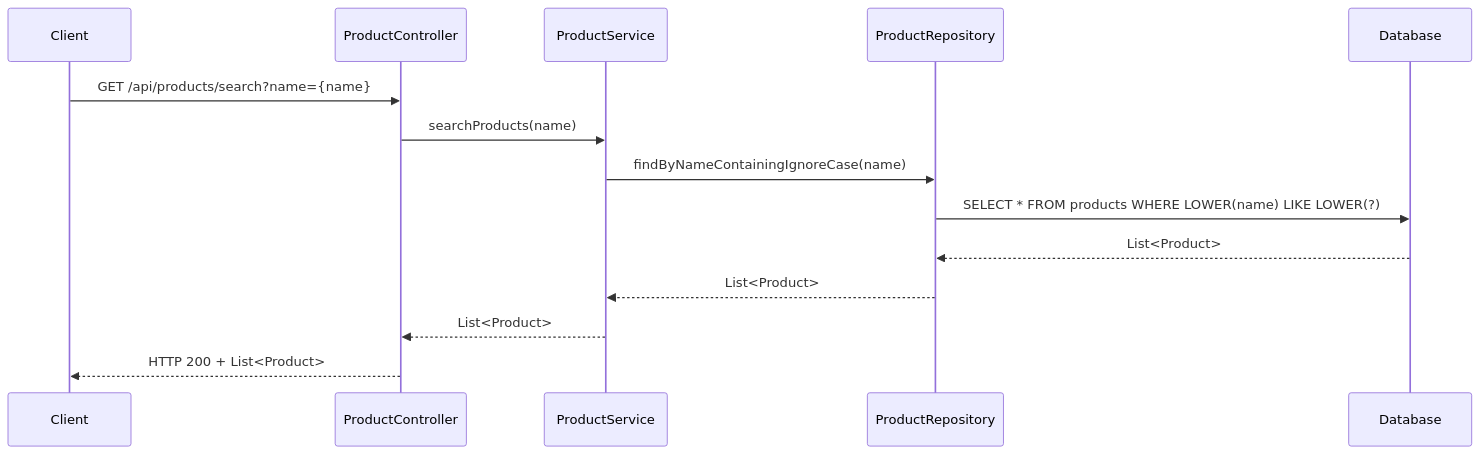
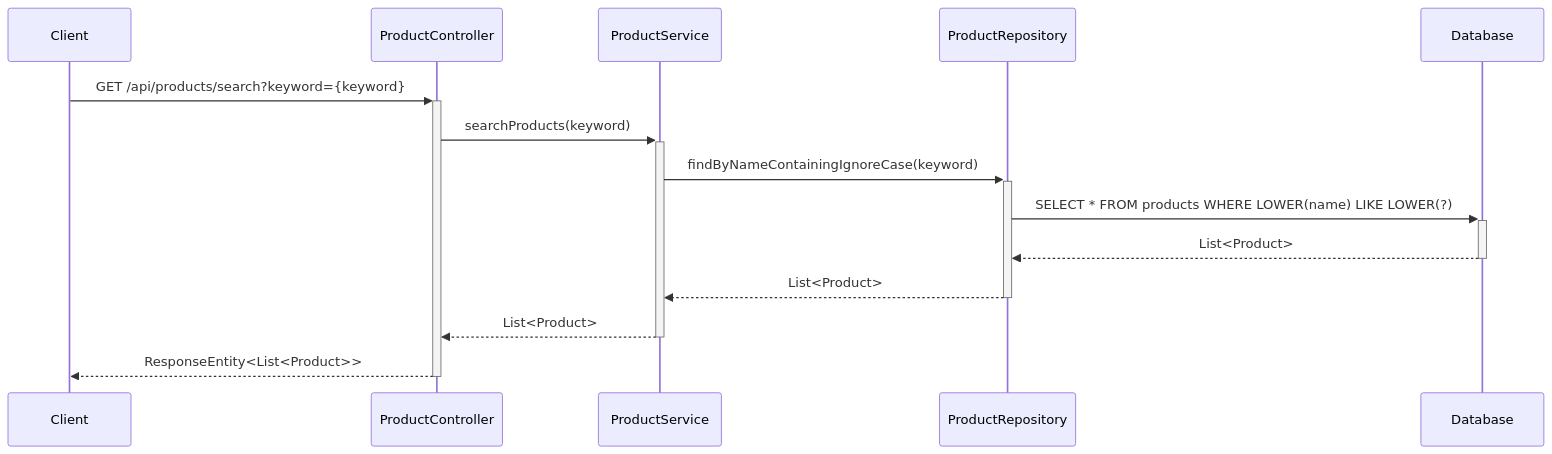
Before and after one commit to NavneetBN47/aava-ecom-demo: the ninth of 9 diagrams in docs/LLD/lld.md, drawn with Mermaid. The commit also changed other lines of this file, not shown here.

````diff
--- a/docs/LLD/lld.md
+++ b/docs/LLD/lld.md
@@ -283,17 +254,17 @@
 ```mermaid
 sequenceDiagram
     participant Client
     participant ProductController
     participant ProductService
     participant ProductRepository
     participant Database
     
-    Client->>ProductController: GET /api/products/search?name={name}
-    ProductController->>ProductService: searchProducts(name)
-    ProductService->>ProductRepository: findByNameContainingIgnoreCase(name)
-    ProductRepository->>Database: SELECT * FROM products WHERE LOWER(name) LIKE LOWER(?)
-    Database-->>ProductRepository: List<Product>
-    ProductRepository-->>ProductService: List<Product>
-    ProductService-->>ProductController: List<Product>
-    ProductController-->>Client: HTTP 200 + List<Product>
+    Client->>+ProductController: GET /api/products/search?keyword={keyword}
+    ProductController->>+ProductService: searchProducts(keyword)
+    ProductService->>+ProductRepository: findByNameContainingIgnoreCase(keyword)
+    ProductRepository->>+Database: SELECT * FROM products WHERE LOWER(name) LIKE LOWER(?)
+    Database-->>-ProductRepository: List<Product>
+    ProductRepository-->>-ProductService: List<Product>
+    ProductService-->>-ProductController: List<Product>
+    ProductController-->>-Client: ResponseEntity<List<Product>>
 ```
````
